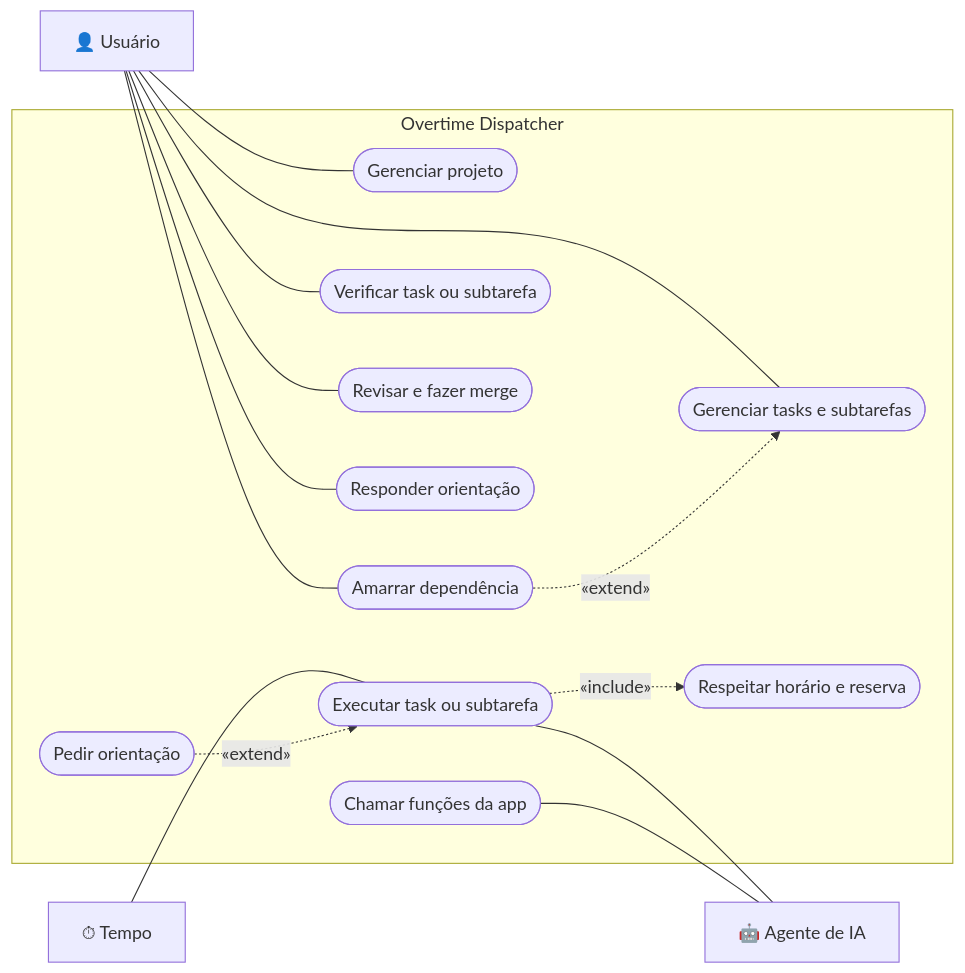
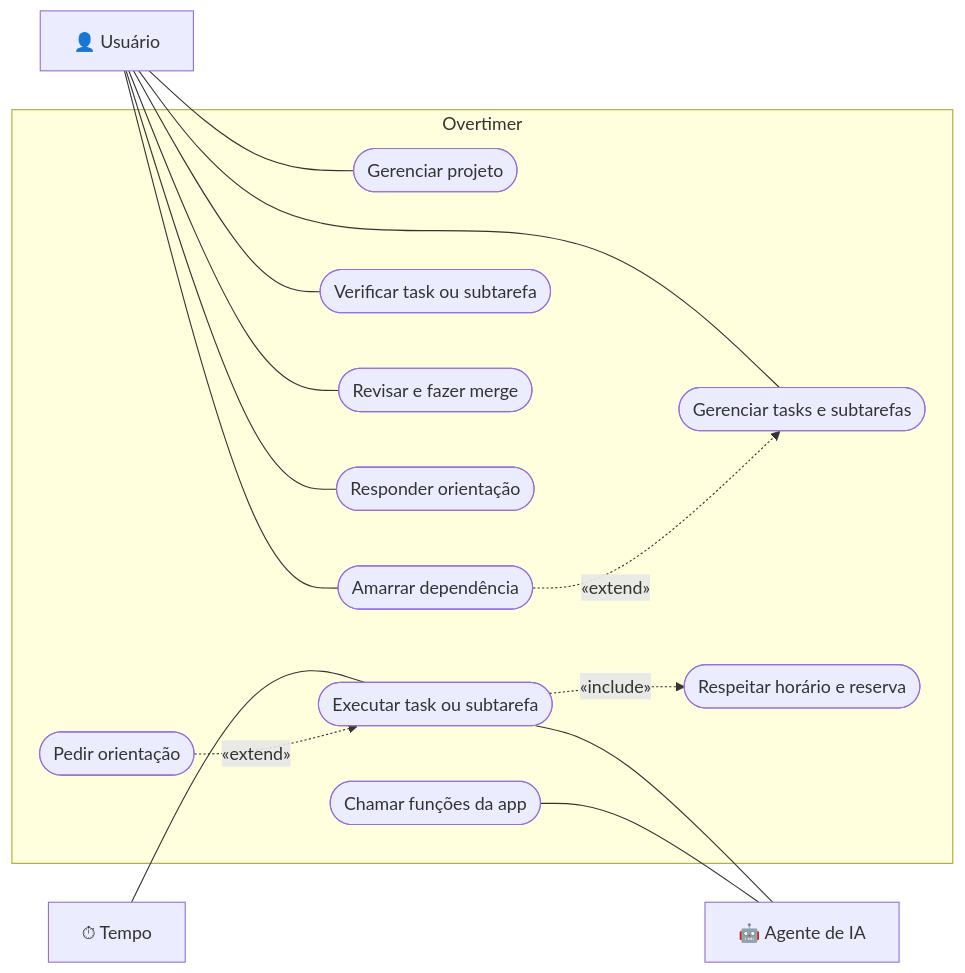
One commit to luanfrombrazil/overtime-dispatcher changed the second of 5 diagrams in docs/diagramas.md. Above: the diagram before and after it, drawn with Mermaid. The commit also changed other lines of this file and 207 other files, not shown here.

````diff
--- a/docs/diagramas.md
+++ b/docs/diagramas.md
@@ -149,35 +149,35 @@
 ```mermaid
 flowchart LR
     usuario["👤 Usuário"]
     tempo["⏱ Tempo"]
 
-    subgraph sistema["Overtime Dispatcher"]
+    subgraph sistema["Overtimer"]
         uc1(["Gerenciar projeto"])
         uc2(["Gerenciar tasks e subtarefas"])
         uc3(["Amarrar dependência"])
         uc4(["Verificar task ou subtarefa"])
         uc5(["Revisar e fazer merge"])
         uc6(["Responder orientação"])
         uc7(["Executar task ou subtarefa"])
         uc8(["Respeitar horário e reserva"])
         uc9(["Pedir orientação"])
         uc10(["Chamar funções da app"])
     end
 
     agente["🤖 Agente de IA"]
 
     usuario --- uc1
     usuario --- uc2
     usuario --- uc3
     usuario --- uc4
     usuario --- uc5
     usuario --- uc6
     tempo --- uc7
 
     uc7 --- agente
     uc10 --- agente
 
     uc7 -. "«include»" .-> uc8
     uc9 -. "«extend»" .-> uc7
     uc3 -. "«extend»" .-> uc2
 ```
````
